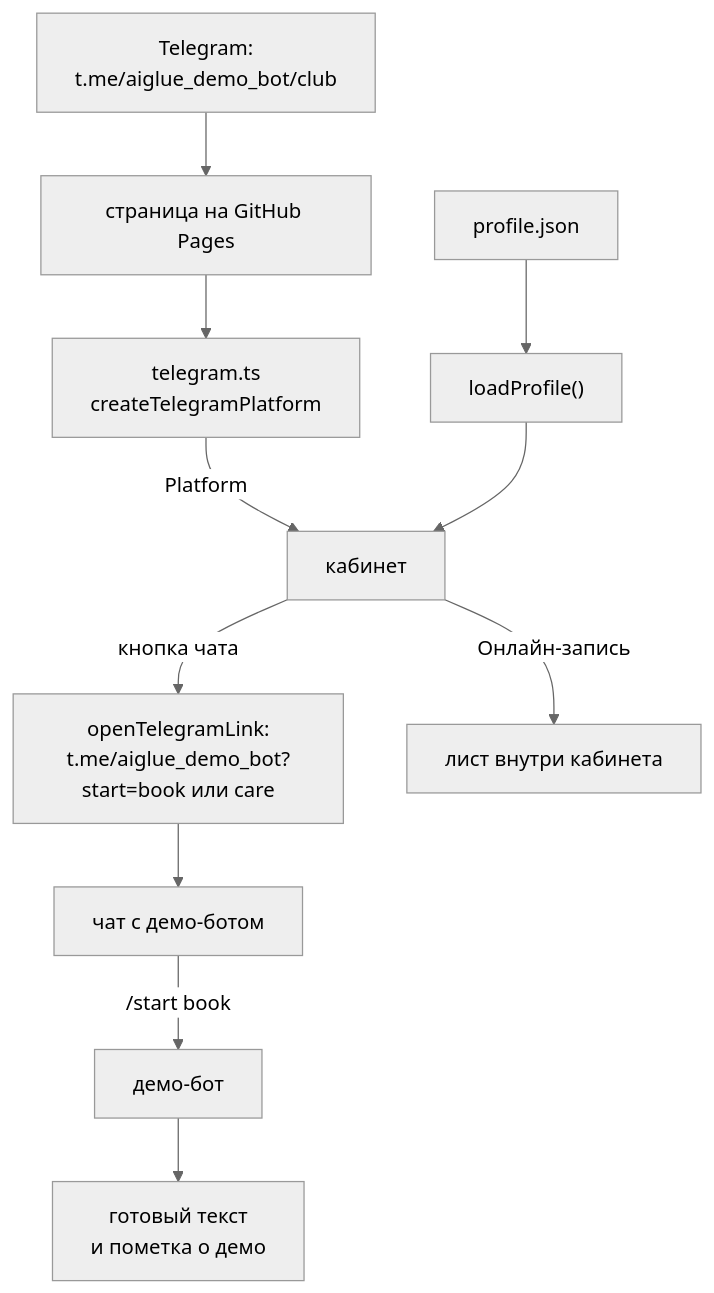
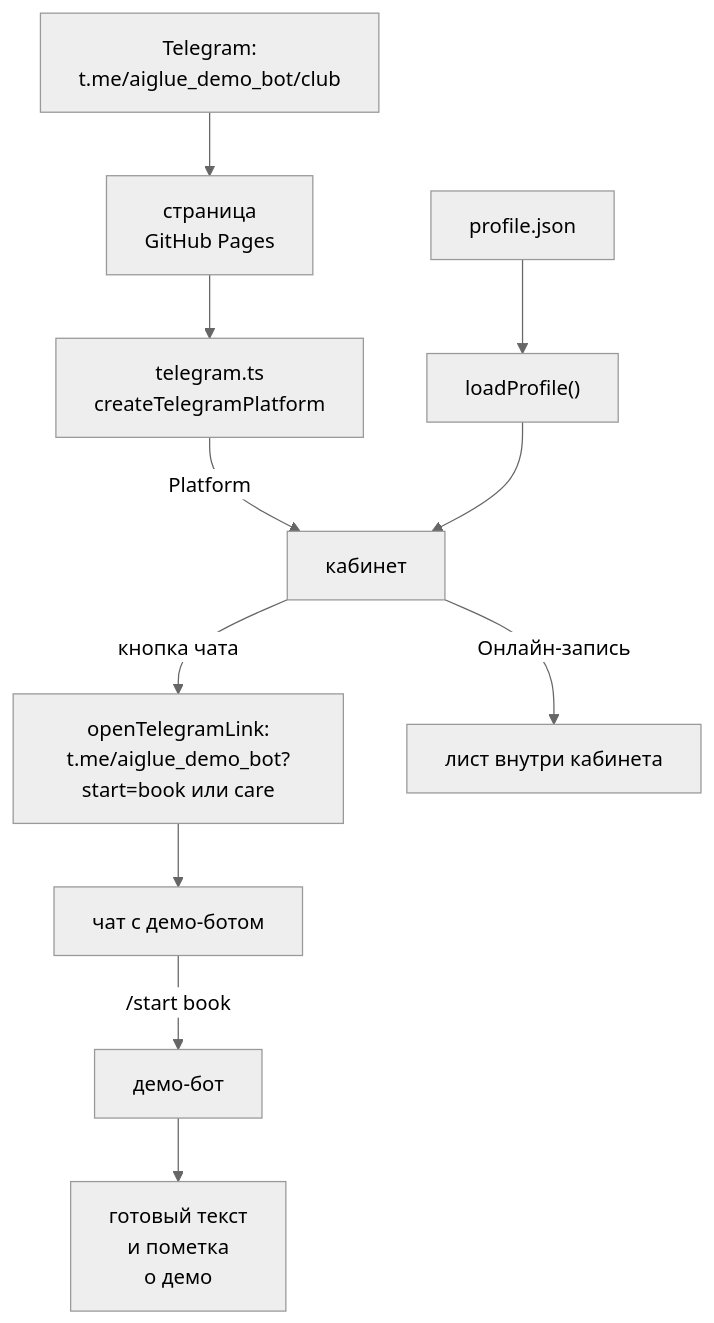
The diagram in README.md (dkyitdevops/tg-miniapp-club-demo), drawn with Mermaid (neutral theme) before and after one commit.

Commit message:
README: предлоги в узлах диаграммы не висят в конце строки
Mermaid на GitHub сам переносит подписи узлов, и «на» в «страница на GitHub
Pages», «о» в «и пометка о демо» оставались в конце строки. Строки этих узлов
теперь заданы явно. «на» убран: с ним «GitHub Pages» не помещается в строку и
рвётся надвое.

````diff
--- a/README.md
+++ b/README.md
@@ -32,13 +32,13 @@
 ```mermaid
 flowchart TD
-    TG["Telegram:<br/>t.me/aiglue_demo_bot/club"] --> PG["страница на GitHub Pages"]
+    TG["Telegram:<br/>t.me/aiglue_demo_bot/club"] --> PG["страница<br/>GitHub Pages"]
     PG --> TS["telegram.ts<br/>createTelegramPlatform"]
     TS -->|"Platform"| APP["кабинет"]
     DATA["profile.json"] --> LP["loadProfile()"]
     LP --> APP
     APP -->|"кнопка чата"| OTL["openTelegramLink:<br/>t.me/aiglue_demo_bot?start=book или care"]
     OTL --> CHAT["чат с демо-ботом"]
     CHAT -->|"/start book"| BOT["демо-бот"]
-    BOT --> OUT["готовый текст<br/>и пометка о демо"]
+    BOT --> OUT["готовый текст<br/>и пометка<br/>о демо"]
     APP -->|"Онлайн-запись"| SHEET["лист внутри кабинета"]
 ```
````
